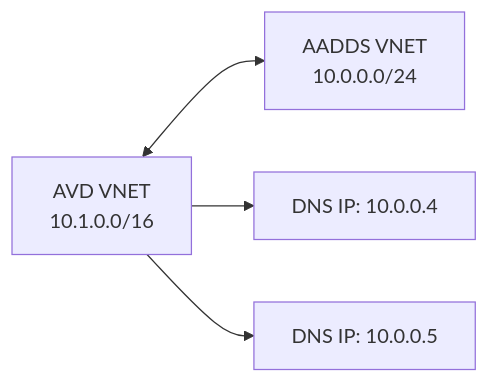
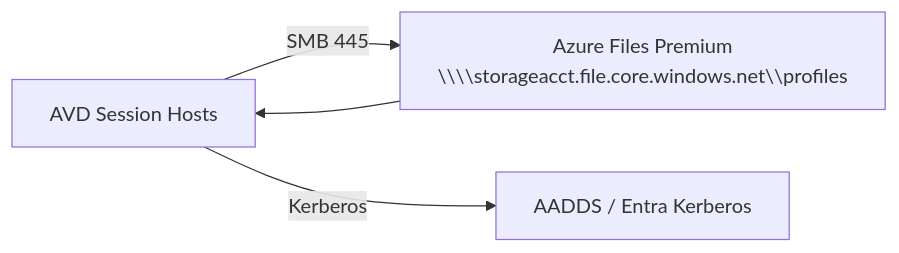
Before and after one commit to j-rattigan/Projects: the second of 3 diagrams in Microsoft/Azure-VirtualDesktop/docs/00-Architecture.md, drawn with Mermaid. The commit also changed other lines of this file, not shown here.

````diff
--- a/Microsoft/Azure-VirtualDesktop/docs/00-Architecture.md
+++ b/Microsoft/Azure-VirtualDesktop/docs/00-Architecture.md
@@ -83,11 +52,10 @@
 ```mermaid
 flowchart LR
-    AVDVNET["AVD VNET<br>10.1.0.0/16"]
-    AADDVNET["AADDS VNET<br>10.0.0.0/24"]
-    DNS1["DNS IP: 10.0.0.4"]
-    DNS2["DNS IP: 10.0.0.5"]
+    SH["AVD Session Hosts"]
+    AF["Azure Files Premium<br>\\\\storageacct.file.core.windows.net\\profiles"]
+    AAD["AADDS / Entra Kerberos"]
 
-    AVDVNET <--> AADDVNET
-    AVDVNET --> DNS1
-    AVDVNET --> DNS2
+    SH -->|SMB 445| AF
+    SH -->|Kerberos| AAD
+    AF --> SH
 ```
````
